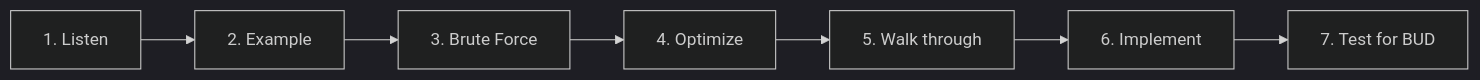
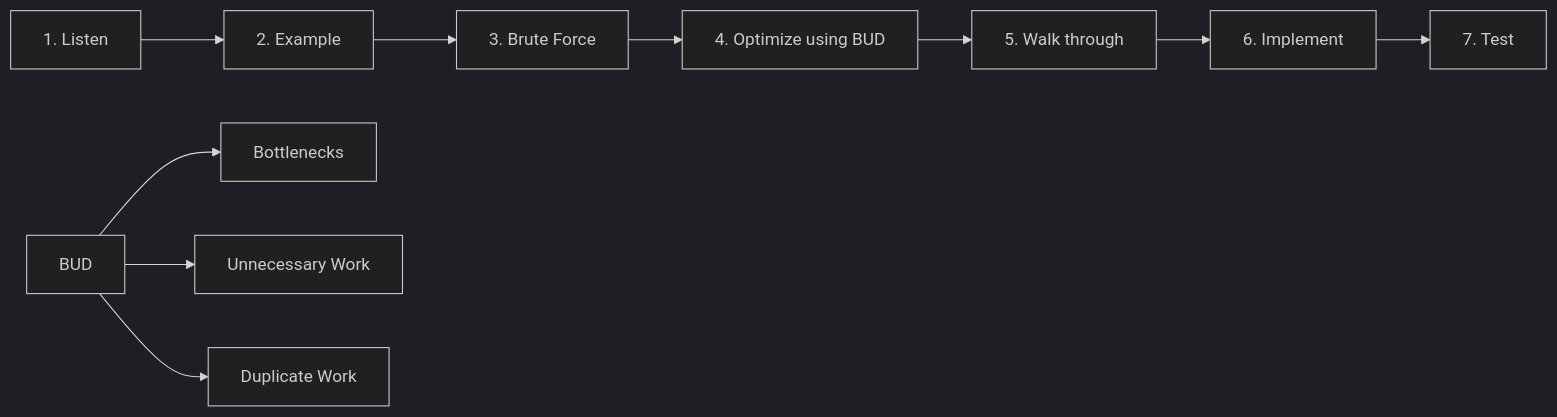
Before and after one commit to navinghimire/Algorithms_Review: the diagram in README.md, drawn with Mermaid (dark theme). The commit also changed other lines of this file, not shown here.

````diff
--- a/README.md
+++ b/README.md
@@ -38,4 +38,9 @@
 ```mermaid 
   graph LR
-  1[1. Listen]-->2[2. Example]-->3[3. Brute Force]-->4[4. Optimize]-->5[5. Walk through]-->6[6. Implement]-->7[7. Test for BUD]
+  1[1. Listen]-->2[2. Example]-->3[3. Brute Force]-->4[4. Optimize using BUD]-->5[5. Walk through]-->6[6. Implement]-->7[7. Test]
+  BUD --> B[Bottlenecks]
+  BUD --> U[Unnecessary Work]
+  BUD --> D[Duplicate Work]
+  
+
 ```
````
